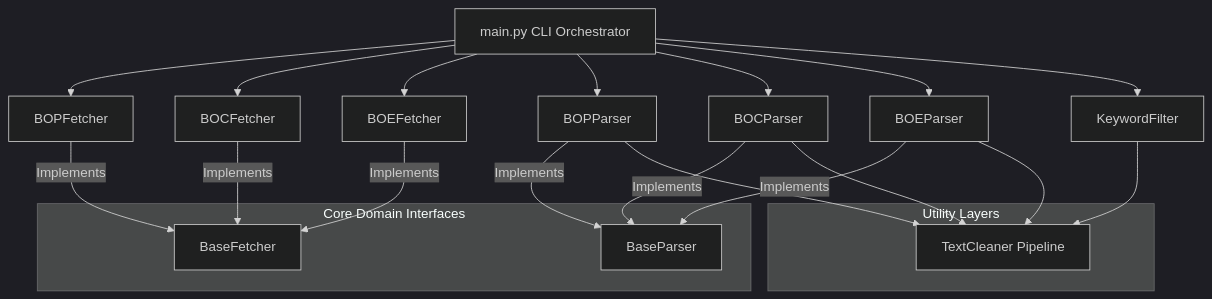
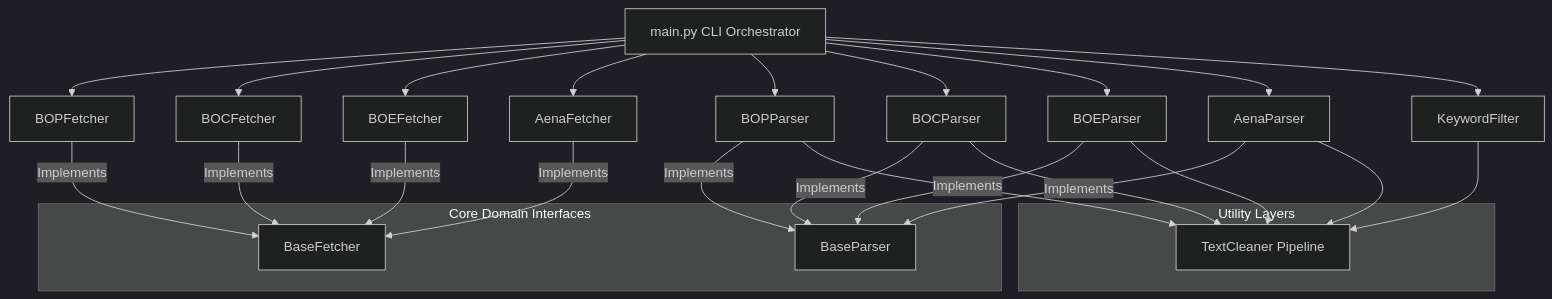
Before and after one commit to alejandroqs/job-finder: the diagram in README.md, drawn with Mermaid (dark theme). The commit also changed other lines of this file and 5 other files, not shown here.

Commit message:
feat(scraper): implement Aena portal scraper and PDF parser

````diff
--- a/README.md
+++ b/README.md
@@ -19,31 +19,36 @@
 ```mermaid
 graph TD
     CLI[main.py CLI Orchestrator] --> BOPFetcher[BOPFetcher]
     CLI --> BOCFetcher[BOCFetcher]
     CLI --> BOEFetcher[BOEFetcher]
+    CLI --> AenaFetcher[AenaFetcher]
     CLI --> BOPParser[BOPParser]
     CLI --> BOCParser[BOCParser]
     CLI --> BOEParser[BOEParser]
+    CLI --> AenaParser[AenaParser]
     CLI --> Filter[KeywordFilter]
     
     subgraph Core Domain Interfaces
         IFetcher[BaseFetcher]
         IParser[BaseParser]
     end
     
     BOPFetcher -- Implements --> IFetcher
     BOCFetcher -- Implements --> IFetcher
     BOEFetcher -- Implements --> IFetcher
+    AenaFetcher -- Implements --> IFetcher
     BOPParser -- Implements --> IParser
     BOCParser -- Implements --> IParser
     BOEParser -- Implements --> IParser
+    AenaParser -- Implements --> IParser
     
     subgraph Utility Layers
         Cleaner[TextCleaner Pipeline]
     end
     
     BOPParser --> Cleaner
     BOCParser --> Cleaner
     BOEParser --> Cleaner
+    AenaParser --> Cleaner
     Filter --> Cleaner
 ```
````
